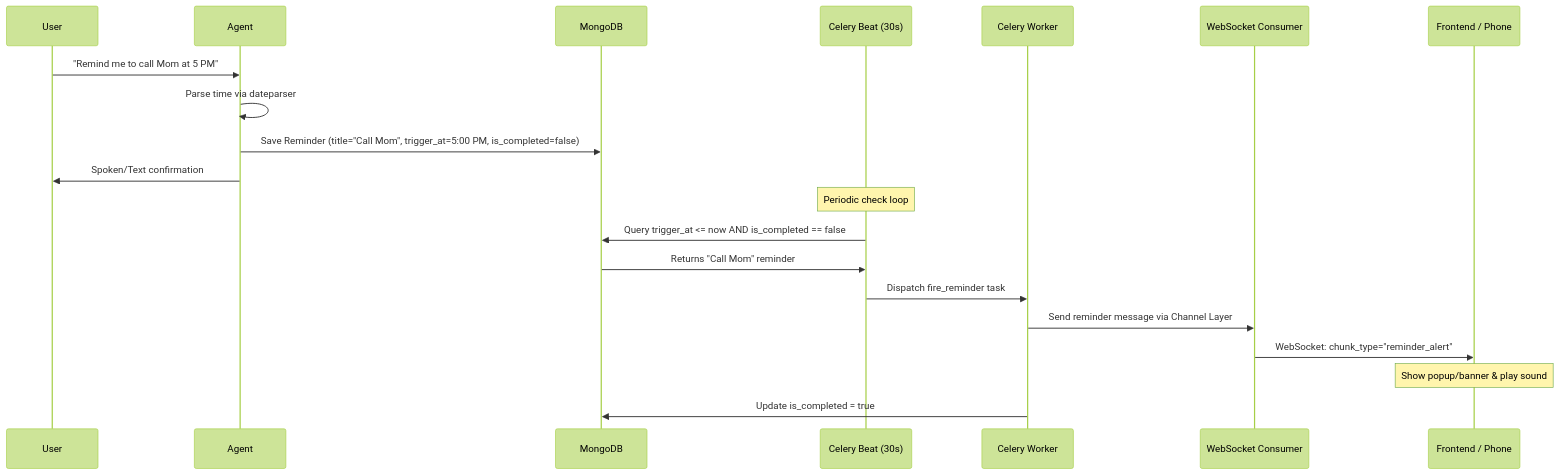
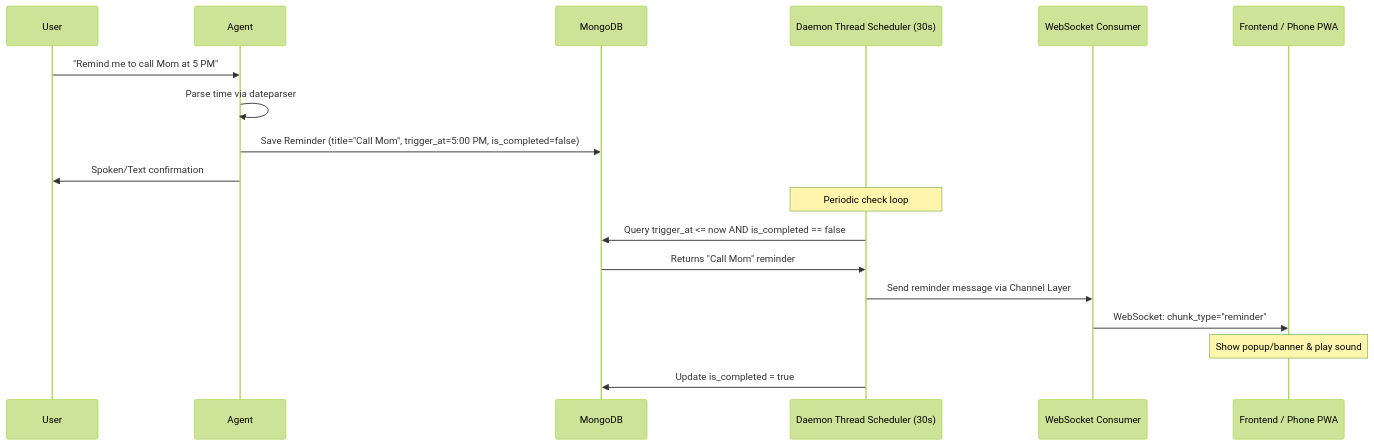
One commit to Dhairya2112/SETU changed the sixth of 6 diagrams in docs/APP_FLOW.md. Above: the diagram before and after it, drawn with Mermaid (forest theme). The commit also changed other lines of this file and 40 other files, not shown here.

````diff
--- a/docs/APP_FLOW.md
+++ b/docs/APP_FLOW.md
@@ -341,24 +168,22 @@
 ```mermaid
 sequenceDiagram
     participant User
     participant Agent
     participant DB as MongoDB
-    participant Beat as Celery Beat (30s)
-    participant Worker as Celery Worker
+    participant Scheduler as Daemon Thread Scheduler (30s)
     participant Consumer as WebSocket Consumer
-    participant Frontend as Frontend / Phone
+    participant Frontend as Frontend / Phone PWA
 
     User->>Agent: "Remind me to call Mom at 5 PM"
     Agent->>Agent: Parse time via dateparser
     Agent->>DB: Save Reminder (title="Call Mom", trigger_at=5:00 PM, is_completed=false)
     Agent->>User: Spoken/Text confirmation
 
-    Note over Beat: Periodic check loop
-    Beat->>DB: Query trigger_at <= now AND is_completed == false
-    DB->>Beat: Returns "Call Mom" reminder
-    Beat->>Worker: Dispatch fire_reminder task
-    Worker->>Consumer: Send reminder message via Channel Layer
-    Consumer->>Frontend: WebSocket: chunk_type="reminder_alert"
+    Note over Scheduler: Periodic check loop
+    Scheduler->>DB: Query trigger_at <= now AND is_completed == false
+    DB->>Scheduler: Returns "Call Mom" reminder
+    Scheduler->>Consumer: Send reminder message via Channel Layer
+    Consumer->>Frontend: WebSocket: chunk_type="reminder"
     Note over Frontend: Show popup/banner & play sound
-    Worker->>DB: Update is_completed = true
+    Scheduler->>DB: Update is_completed = true
 ```
````
